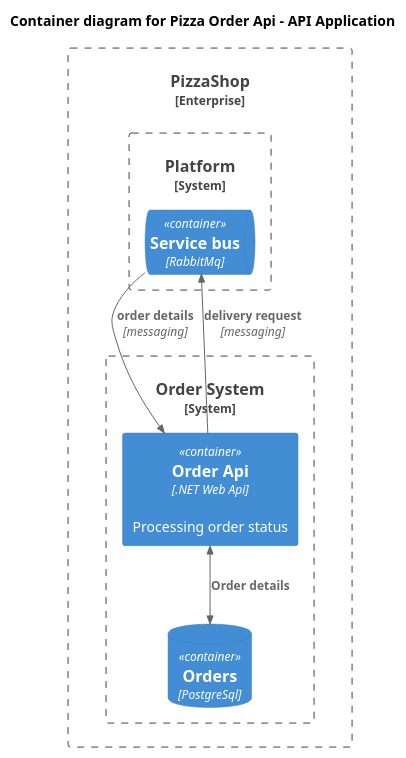
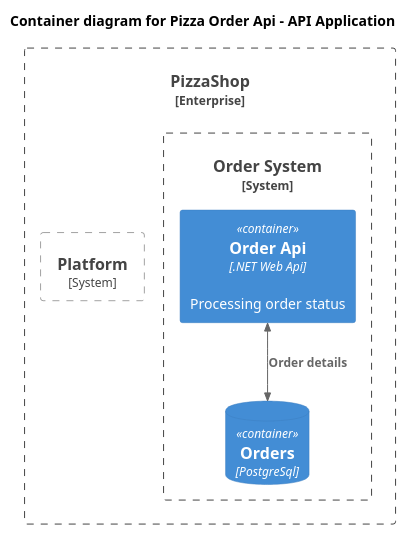
Before and after one commit to jacobduijzer/BackstageDemoProjects: the diagram in domain/weather-forecasting/docs/architecture/containers.md, drawn with PlantUML.

````diff
--- a/domain/weather-forecasting/docs/architecture/containers.md
+++ b/domain/weather-forecasting/docs/architecture/containers.md
@@ -2,23 +2,23 @@
 ```plantuml
 @startuml container diagram
 !include <C4/C4_Container.puml>
 title Container diagram for Pizza Order Api - API Application
 
 Enterprise_Boundary(pizzaEnterprise, "PizzaShop") {
 
   System_Boundary(platform, "Platform") {
-    ContainerQueue(serviceBus, "Service bus", "RabbitMq")
+    'ContainerQueue(serviceBus, "Service bus", "RabbitMq")
   }
 
   System_Boundary(orderSystem, "Order System") {
     Container(orderApi, "Order Api", ".NET Web Api", "Processing order status")
     ContainerDb(orderDb, "Orders", "PostgreSql")
 
     BiRel(orderApi, orderDb, "Order details")
   }
 
-  Rel(serviceBus, orderApi, "order details", "messaging")
-  Rel(orderApi, serviceBus, "delivery request", "messaging")
+  'Rel(serviceBus, orderApi, "order details", "messaging")
+  'Rel(orderApi, serviceBus, "delivery request", "messaging")
 }
 @enduml
 ```
````
